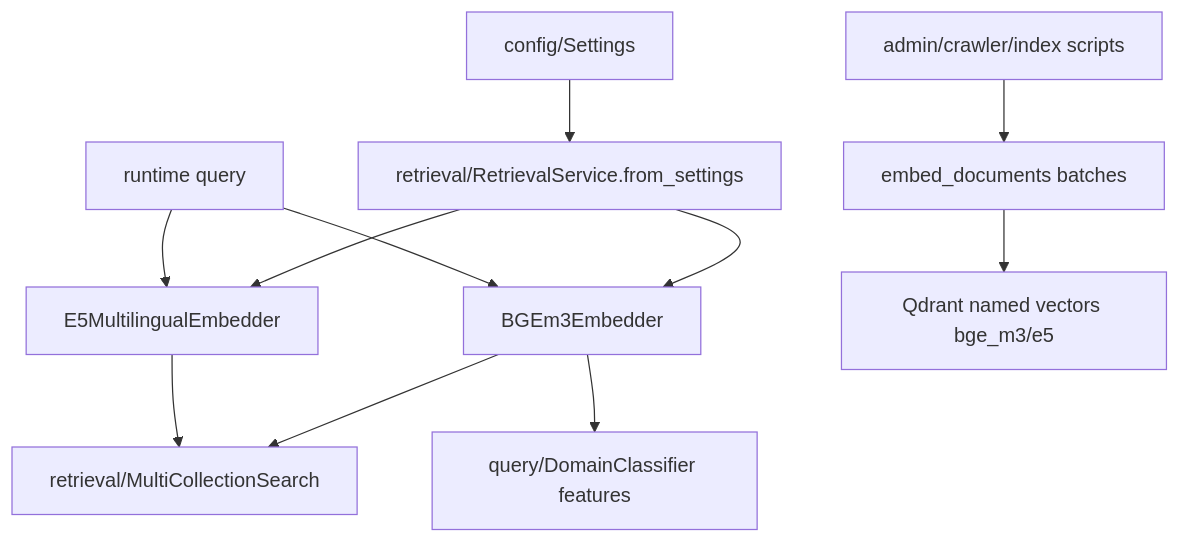
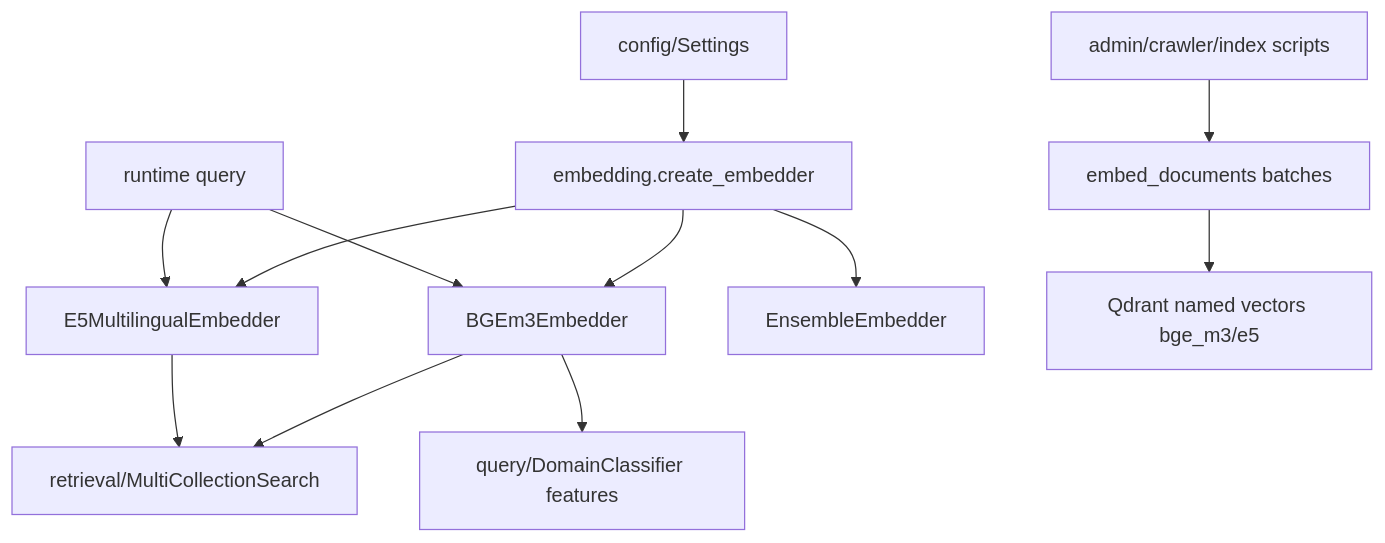
One commit to hoainam183/GR changed the diagram in src/RAG_v2/embedding/MODULE.md. Above: the diagram before and after it, drawn with Mermaid. The commit also changed other lines of this file and 50 other files, not shown here.

````diff
--- a/src/RAG_v2/embedding/MODULE.md
+++ b/src/RAG_v2/embedding/MODULE.md
@@ -63,13 +69,14 @@
 ```mermaid
 flowchart TD
-  Settings["config/Settings"] --> Service["retrieval/RetrievalService.from_settings"]
-  Service --> BGE["BGEm3Embedder"]
-  Service --> E5["E5MultilingualEmbedder"]
+  Settings["config/Settings"] --> Factory["embedding.create_embedder"]
+  Factory --> BGE["BGEm3Embedder"]
+  Factory --> E5["E5MultilingualEmbedder"]
+  Factory --> Ens["EnsembleEmbedder"]
   Query["runtime query"] --> BGE
   Query --> E5
   BGE --> Search["retrieval/MultiCollectionSearch"]
   E5 --> Search
   Docs["admin/crawler/index scripts"] --> BatchEmbed["embed_documents batches"]
   BatchEmbed --> Qdrant["Qdrant named vectors bge_m3/e5"]
   BGE --> Classifier["query/DomainClassifier features"]
 ```
````
